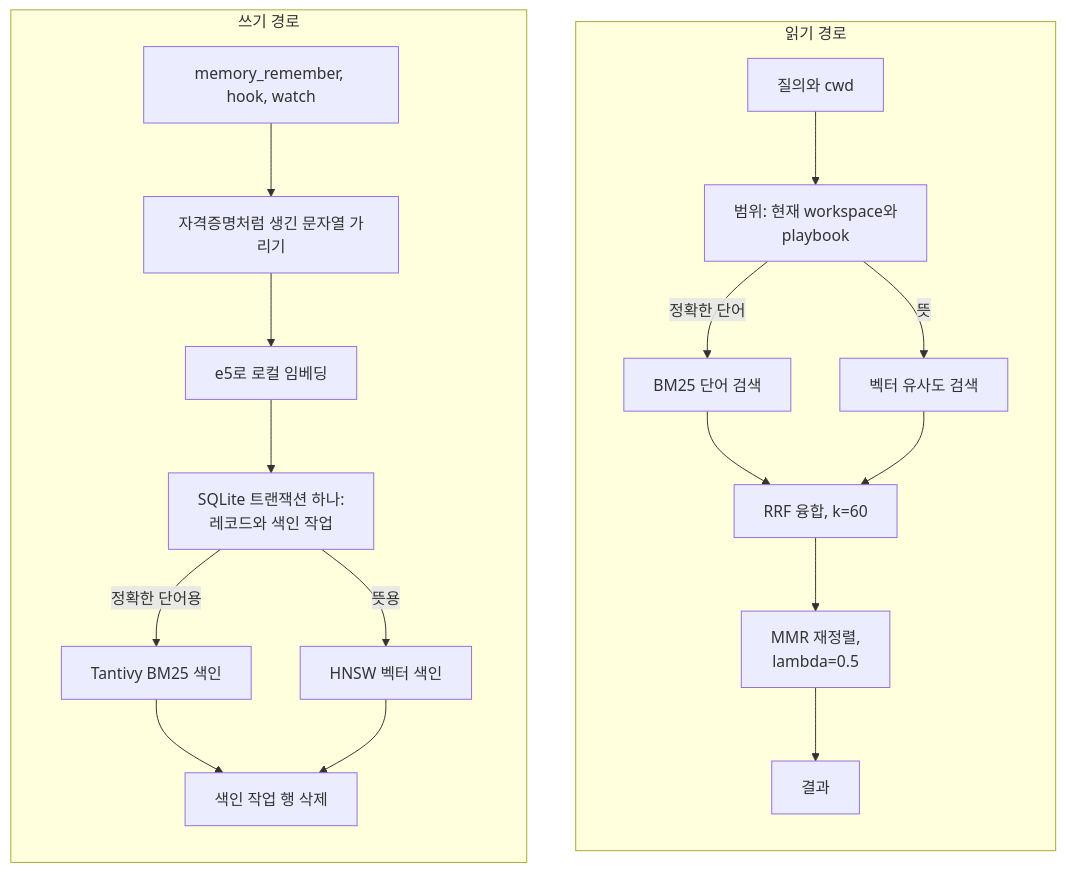
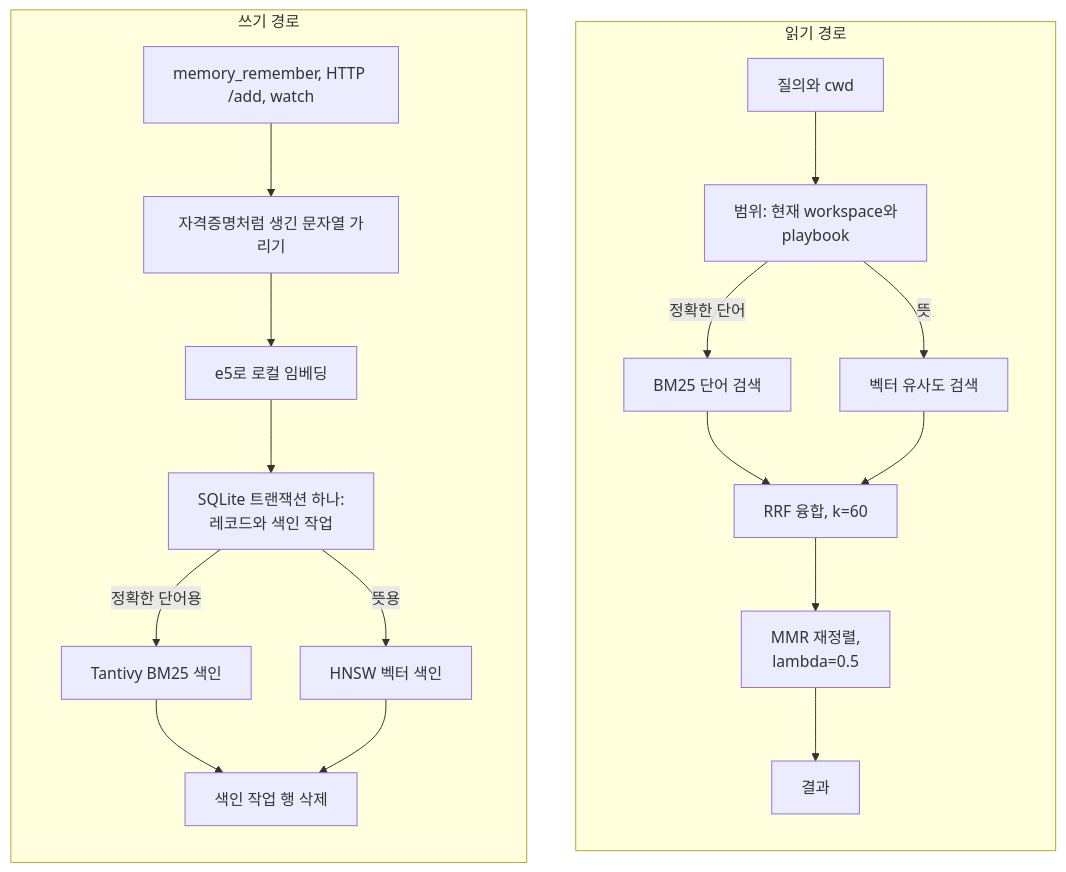
One commit to Blue-B/memnest changed the first of 2 diagrams in README.ko.md. Above: the diagram before and after it, drawn with Mermaid. The commit also changed other lines of this file and 6 other files, not shown here.

First line of the commit message:
docs: correct the README against the code, redraw the architecture diagrams

````diff
--- a/README.ko.md
+++ b/README.ko.md
@@ -32,24 +34,24 @@
 ```mermaid
 flowchart TD
     subgraph read["읽기 경로"]
         direction TB
         R1["질의와 cwd"] --> R2["범위: 현재 workspace와<br/>playbook"]
         R2 -->|"정확한 단어"| R3["BM25 단어 검색"]
         R2 -->|"뜻"| R4["벡터 유사도 검색"]
         R3 --> R5["RRF 융합, k=60"]
         R4 --> R5
         R5 --> R6["MMR 재정렬,<br/>lambda=0.5"]
         R6 --> R7["결과"]
     end
 
     subgraph write["쓰기 경로"]
         direction TB
-        W1["memory_remember, hook, watch"] --> W2["자격증명처럼 생긴 문자열 가리기"]
+        W1["memory_remember, HTTP /add, watch"] --> W2["자격증명처럼 생긴 문자열 가리기"]
         W2 --> W3["e5로 로컬 임베딩"]
         W3 --> W4["SQLite 트랜잭션 하나:<br/>레코드와 색인 작업"]
         W4 -->|"정확한 단어용"| W5["Tantivy BM25 색인"]
         W4 -->|"뜻용"| W6["HNSW 벡터 색인"]
         W5 --> W7["색인 작업 행 삭제"]
         W6 --> W7
     end
 ```
````
